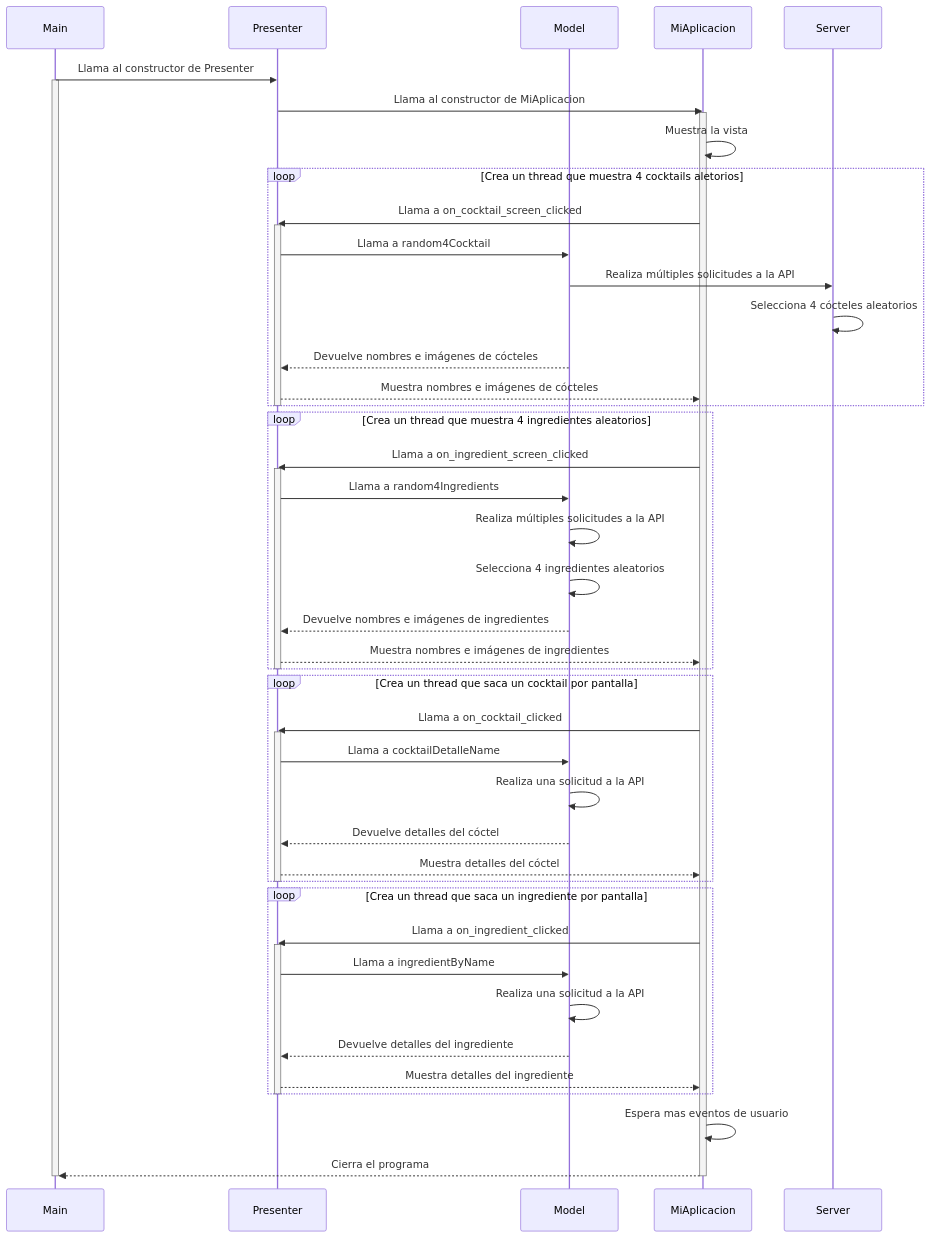
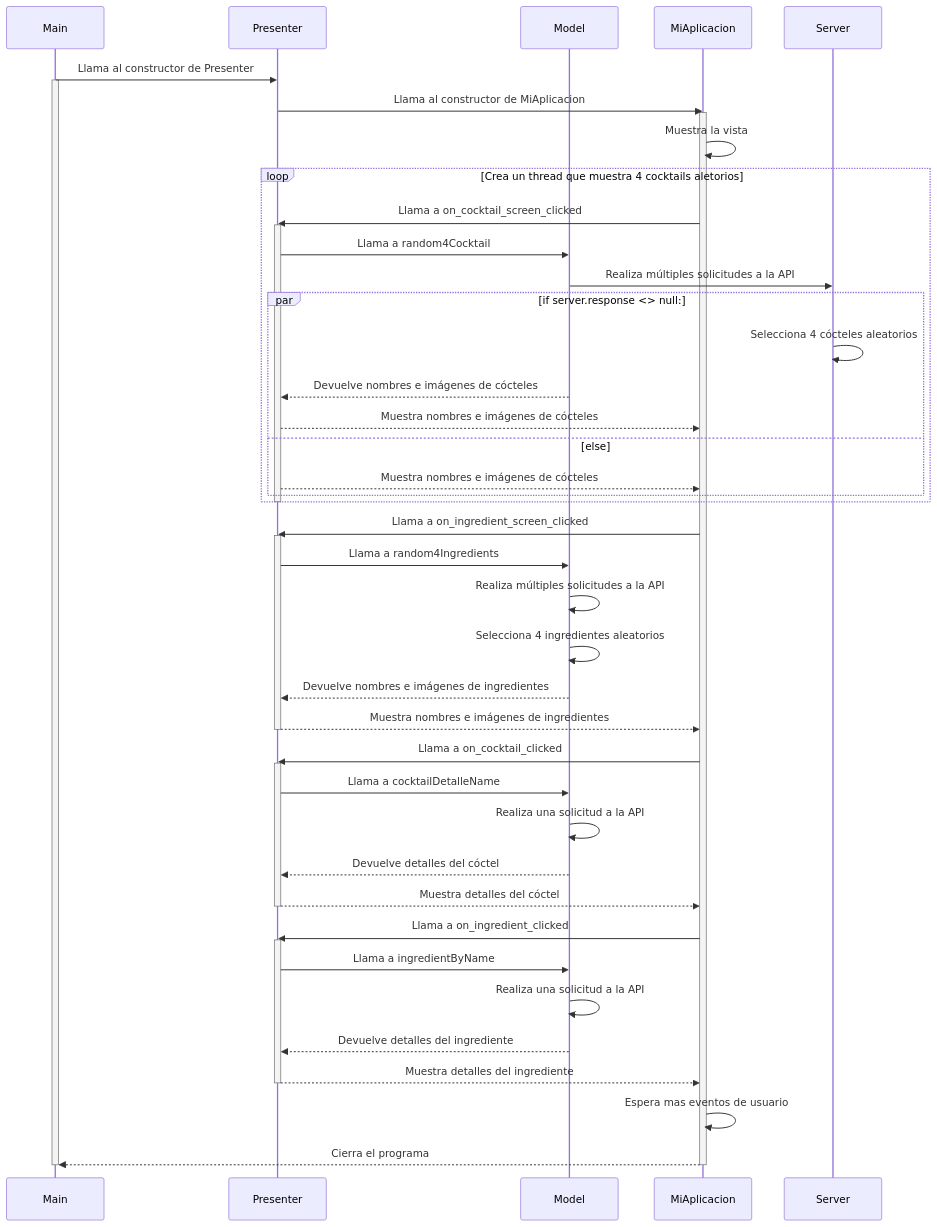
The diagram in diseño-sw.md (braisf03/IPM), drawn with Mermaid before and after one commit.

Commit message:
Cambios de estructura en proceso

````diff
--- a/diseño-sw.md
+++ b/diseño-sw.md
@@ -1,65 +1,71 @@
 ```mermaid
 sequenceDiagram
+
+    #Todos los actores de 
     participant Main as Main
     participant Presenter as Presenter
     participant Model as Model
     participant MiAplicacion as MiAplicacion
     participant Server as Server
 
     Main->>Presenter: Llama al constructor de Presenter
     activate Main
-
+    
     Presenter->>MiAplicacion: Llama al constructor de MiAplicacion
 
     activate MiAplicacion
 
     MiAplicacion->>MiAplicacion: Muestra la vista
 
     loop Crea un thread que muestra 4 cocktails aletorios
         MiAplicacion->>Presenter: Llama a on_cocktail_screen_clicked
         activate Presenter
         Presenter->>Model: Llama a random4Cocktail
         Model->>Server: Realiza múltiples solicitudes a la API
+        par if server.response <> null:
         Server->>Server: Selecciona 4 cócteles aleatorios
         Model-->>Presenter: Devuelve nombres e imágenes de cócteles
         Presenter-->>MiAplicacion: Muestra nombres e imágenes de cócteles
+        and else 
+        Presenter-->>MiAplicacion: Muestra nombres e imágenes de cócteles
+        end
     end
     deactivate Presenter
     
-    loop Crea un thread que muestra 4 ingredientes aleatorios
+    
         MiAplicacion->>Presenter: Llama a on_ingredient_screen_clicked
         activate Presenter
         Presenter->>Model: Llama a random4Ingredients
         Model->>Model: Realiza múltiples solicitudes a la API
         Model->>Model: Selecciona 4 ingredientes aleatorios
         Model-->>Presenter: Devuelve nombres e imágenes de ingredientes
         Presenter-->>MiAplicacion: Muestra nombres e imágenes de ingredientes
-    end
+    
     deactivate Presenter
     
-    loop Crea un thread que saca un cocktail por pantalla
+    
         MiAplicacion->>Presenter: Llama a on_cocktail_clicked
         activate Presenter
         Presenter->>Model: Llama a cocktailDetalleName
         Model->>Model: Realiza una solicitud a la API
         Model-->>Presenter: Devuelve detalles del cóctel
         Presenter-->>MiAplicacion: Muestra detalles del cóctel
-    end
+    
     deactivate Presenter
 
-    loop Crea un thread que saca un ingrediente por pantalla
+    
         MiAplicacion->>Presenter: Llama a on_ingredient_clicked
         activate Presenter
         Presenter->>Model: Llama a ingredientByName
         Model->>Model: Realiza una solicitud a la API
         Model-->>Presenter: Devuelve detalles del ingrediente
         Presenter-->>MiAplicacion: Muestra detalles del ingrediente
-    end
+    
     deactivate Presenter
 
     MiAplicacion->>MiAplicacion: Espera mas eventos de usuario
     MiAplicacion-->>Main: Cierra el programa
     deactivate MiAplicacion
     deactivate Main
 
 ```    
````
